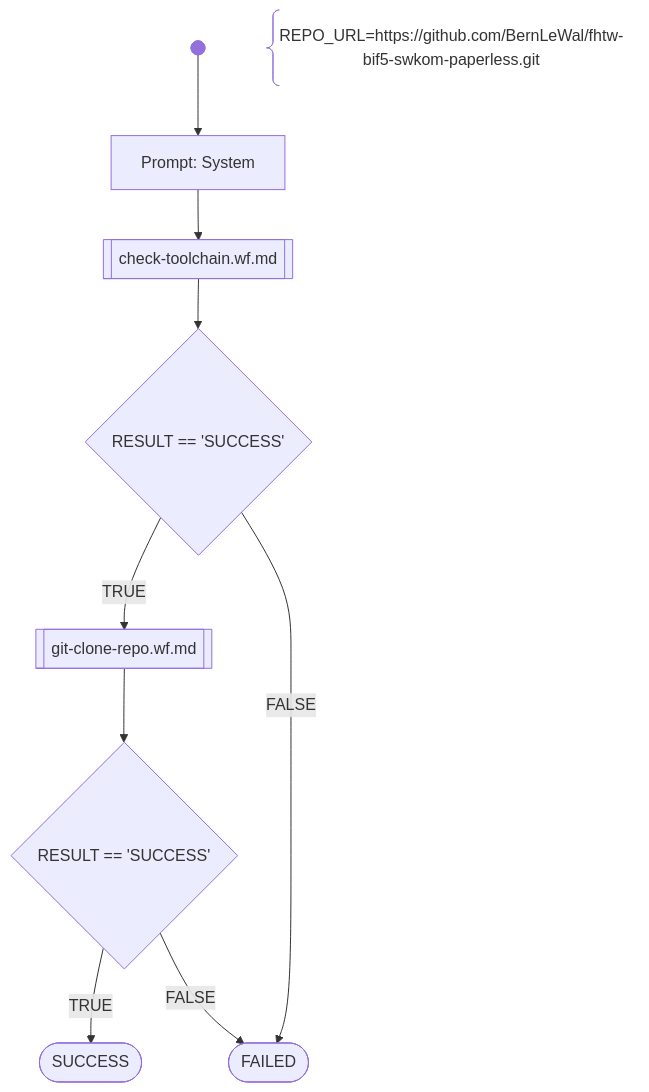
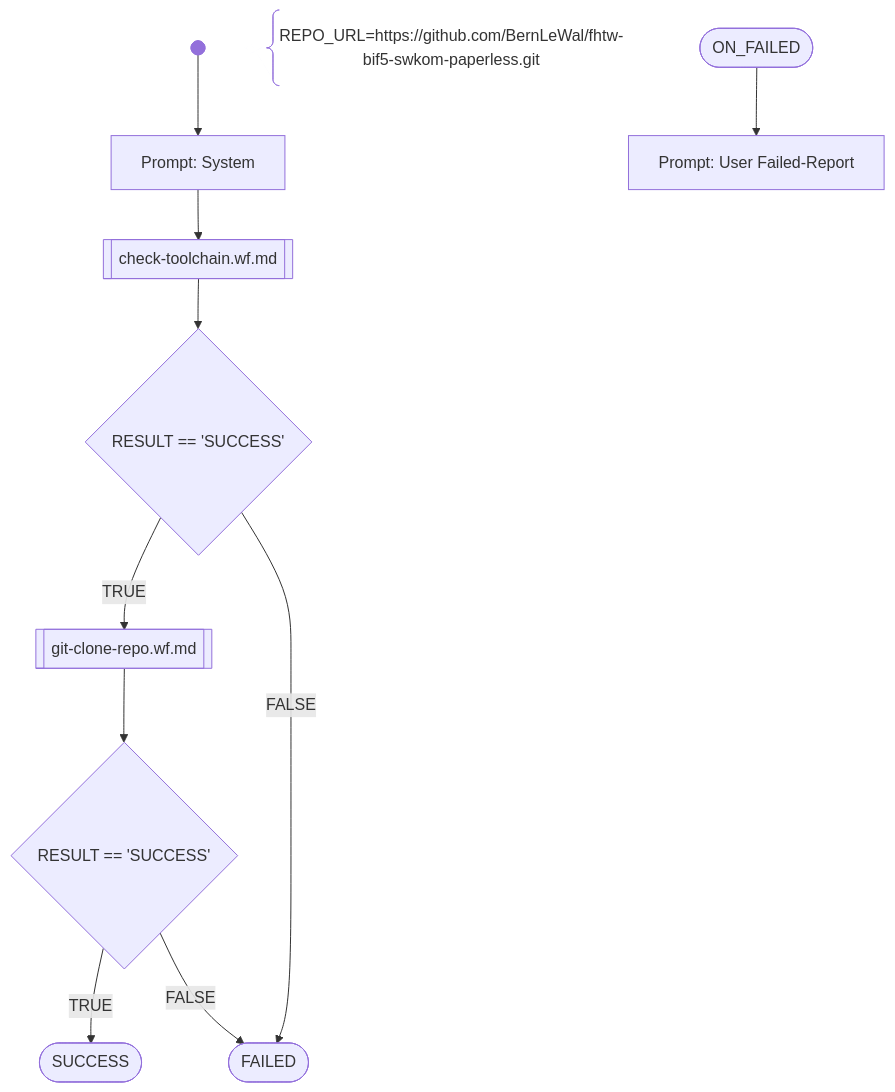
One commit to BernLeWal/AICodeMentor changed the diagram in workflows/sample-project-eval.wf.md. Above: the diagram before and after it, drawn with Mermaid. The commit also changed other lines of this file and 8 other files, not shown here.

````diff
--- a/workflows/sample-project-eval.wf.md
+++ b/workflows/sample-project-eval.wf.md
@@ -7,19 +7,24 @@
 ```mermaid
 flowchart TD
     START@{ shape: f-circ, label:"start"} --> PROMPT_SYSTEM
     PARAMS@{ shape: comment, label: "REPO_URL=https://github.com/BernLeWal/fhtw-bif5-swkom-paperless.git"}
 
     PROMPT_SYSTEM[Prompt: System] --> CALL_CHECKTOOLS
     CALL_CHECKTOOLS[[check-toolchain.wf.md]] --> CHECK_RESULT_SUCCESS{RESULT == 'SUCCESS'}
 
     CHECK_RESULT_SUCCESS --> |TRUE| CALL_GITCLONE
     CHECK_RESULT_SUCCESS --> |FALSE| FAILED 
 
     CALL_GITCLONE[[git-clone-repo.wf.md]] --> CHECK_CLONE_SUCCESS{RESULT == 'SUCCESS'}
 
     CHECK_CLONE_SUCCESS --> |TRUE| SUCCESS
     CHECK_CLONE_SUCCESS --> |FALSE| FAILED 
     
     SUCCESS@{ shape: stadium  }
     FAILED@{ shape: stadium }
+
+
+    %% Event-handler: ON_FAILED
+    ON_FAILED@{ shape: stadium } --> PROMPT_FAILED_REPORT
+    PROMPT_FAILED_REPORT[Prompt: User Failed-Report]
 ```
````
